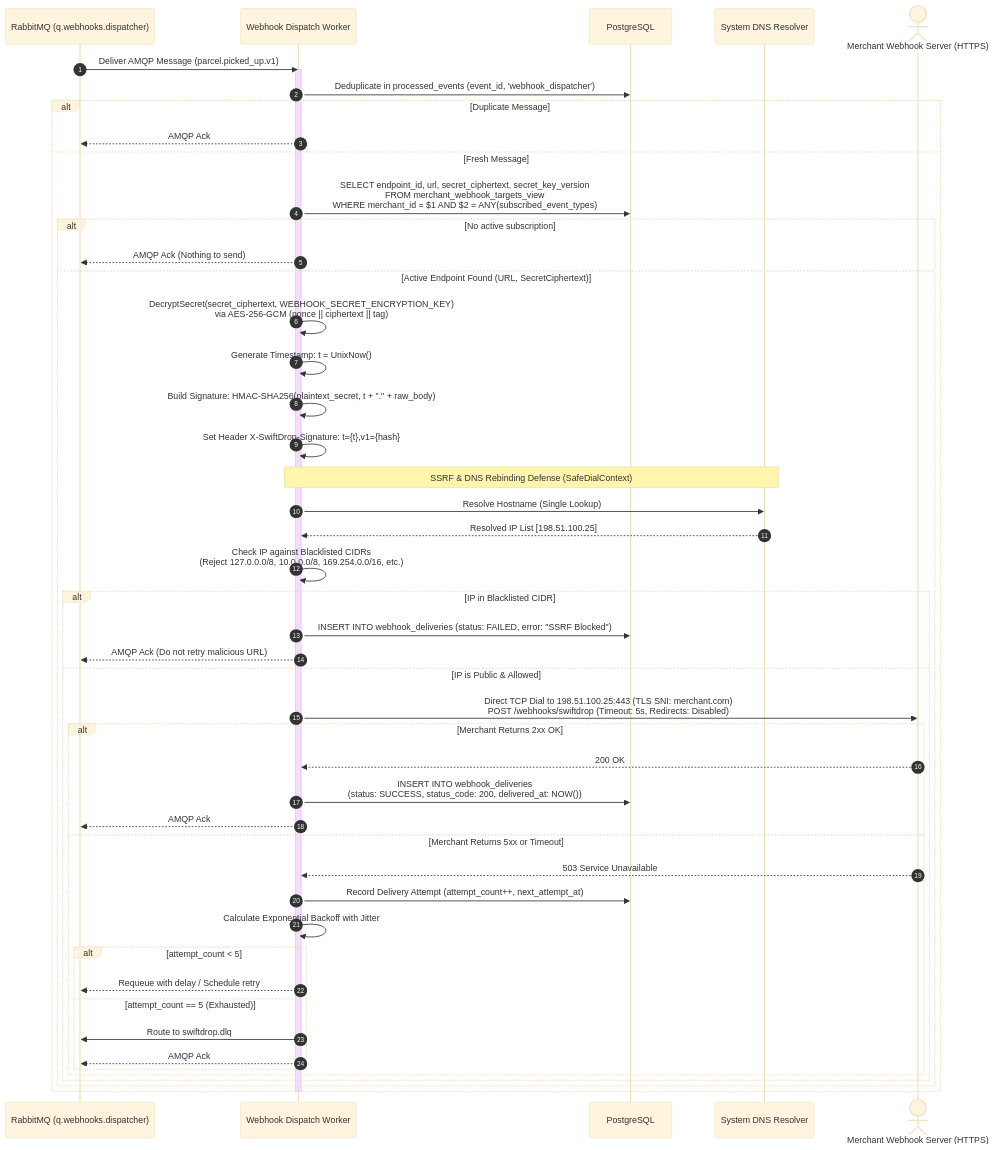
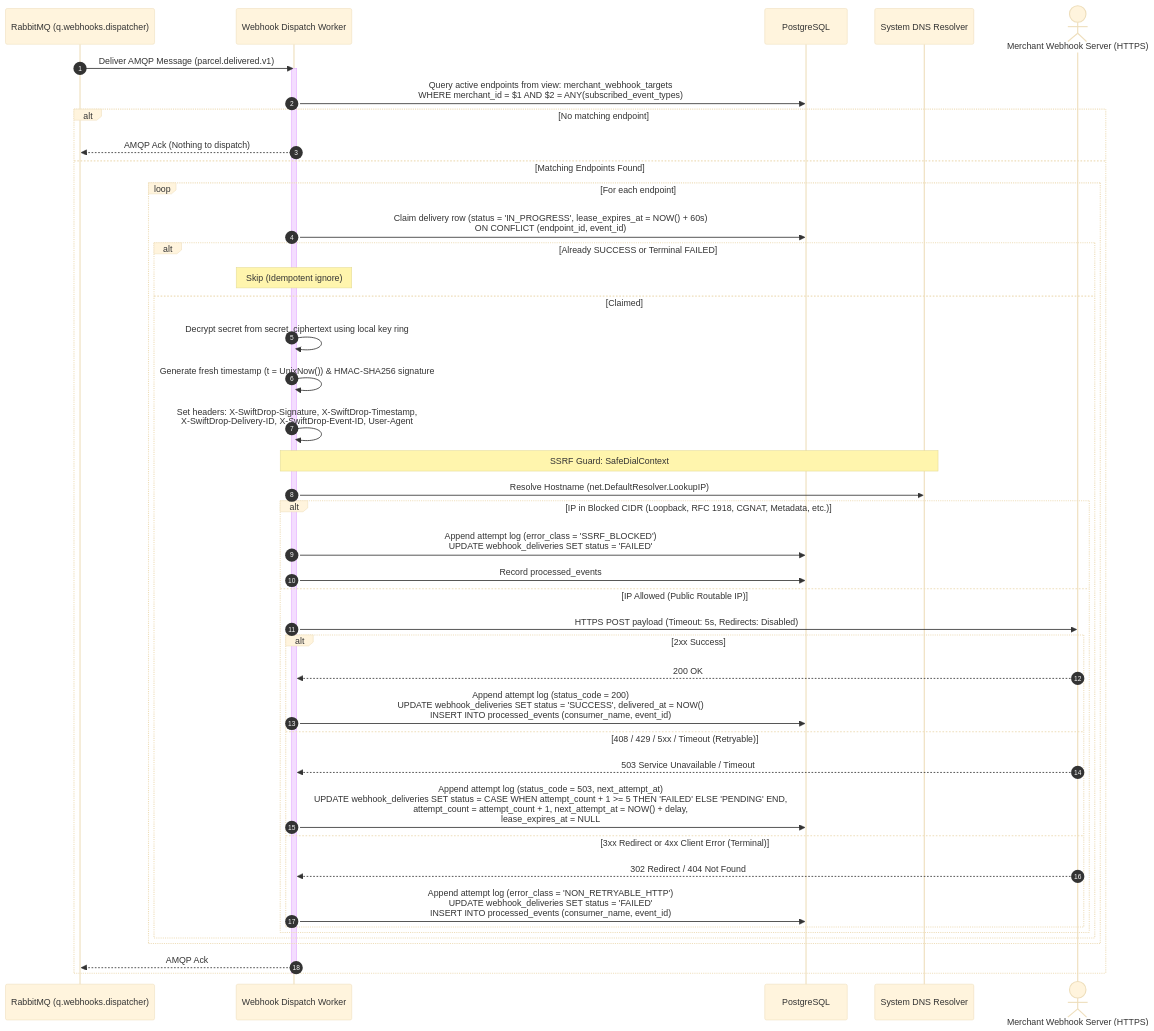
One commit to phantomTroupeEAD/SwiftDrop changed the sixth of 8 diagrams in docs/drafts/member-08-events-messaging/doc-02-functional-flows-and-business-rules.md. Above: the diagram before and after it, drawn with Mermaid (base theme). The commit also changed other lines of this file and 13 other files, not shown here.

Commit message:
docs(member-08): harmonize event-driven messaging specs, resolve review findings, and add change requests

````diff
--- a/docs/drafts/member-08-events-messaging/doc-02-functional-flows-and-business-rules.md
+++ b/docs/drafts/member-08-events-messaging/doc-02-functional-flows-and-business-rules.md
@@ -228,58 +232,53 @@
 ```mermaid
 sequenceDiagram
     autonumber
     participant Broker as RabbitMQ (q.webhooks.dispatcher)
     participant Worker as Webhook Dispatch Worker
     participant DB as PostgreSQL
     participant DNS as System DNS Resolver
     actor MerchantWH as Merchant Webhook Server (HTTPS)
 
-    Broker->>Worker: Deliver AMQP Message (parcel.picked_up.v1)
+    Broker->>Worker: Deliver AMQP Message (parcel.delivered.v1)
     activate Worker
-    Worker->>DB: Deduplicate in processed_events (event_id, 'webhook_dispatcher')
     
-    alt Duplicate Message
-        Worker-->>Broker: AMQP Ack
-    else Fresh Message
-        Worker->>DB: SELECT endpoint_id, url, secret_ciphertext, secret_key_version<br/>FROM merchant_webhook_targets_view<br/>WHERE merchant_id = $1 AND $2 = ANY(subscribed_event_types)
-        
-        alt No active subscription
-            Worker-->>Broker: AMQP Ack (Nothing to send)
-        else Active Endpoint Found (URL, SecretCiphertext)
-            Worker->>Worker: DecryptSecret(secret_ciphertext, WEBHOOK_SECRET_ENCRYPTION_KEY)<br/>via AES-256-GCM (nonce || ciphertext || tag)
-            Worker->>Worker: Generate Timestamp: t = UnixNow()
-            Worker->>Worker: Build Signature: HMAC-SHA256(plaintext_secret, t + "." + raw_body)
-            Worker->>Worker: Set Header X-SwiftDrop-Signature: t={t},v1={hash}
+    Worker->>DB: Query active endpoints from view: merchant_webhook_targets<br/>WHERE merchant_id = $1 AND $2 = ANY(subscribed_event_types)
+    
+    alt No matching endpoint
+        Worker-->>Broker: AMQP Ack (Nothing to dispatch)
+    else Matching Endpoints Found
+        loop For each endpoint
+            Worker->>DB: Claim delivery row (status = 'IN_PROGRESS', lease_expires_at = NOW() + 60s)<br/>ON CONFLICT (endpoint_id, event_id)
             
-            Note over Worker,DNS: SSRF & DNS Rebinding Defense (SafeDialContext)
-            Worker->>DNS: Resolve Hostname (Single Lookup)
-            DNS-->>Worker: Resolved IP List [198.51.100.25]
-            Worker->>Worker: Check IP against Blacklisted CIDRs<br/>(Reject 127.0.0.0/8, 10.0.0.0/8, 169.254.0.0/16, etc.)
-            
-            alt IP in Blacklisted CIDR
-                Worker->>DB: INSERT INTO webhook_deliveries (status: FAILED, error: "SSRF Blocked")
-                Worker-->>Broker: AMQP Ack (Do not retry malicious URL)
-            else IP is Public & Allowed
-                Worker->>MerchantWH: Direct TCP Dial to 198.51.100.25:443 (TLS SNI: merchant.com)<br/>POST /webhooks/swiftdrop (Timeout: 5s, Redirects: Disabled)
+            alt Already SUCCESS or Terminal FAILED
+                Note over Worker: Skip (Idempotent ignore)
+            else Claimed
+                Worker->>Worker: Decrypt secret from secret_ciphertext using local key ring
+                Worker->>Worker: Generate fresh timestamp (t = UnixNow()) & HMAC-SHA256 signature
+                Worker->>Worker: Set headers: X-SwiftDrop-Signature, X-SwiftDrop-Timestamp,<br/>X-SwiftDrop-Delivery-ID, X-SwiftDrop-Event-ID, User-Agent
                 
-                alt Merchant Returns 2xx OK
-                    MerchantWH-->>Worker: 200 OK
-                    Worker->>DB: INSERT INTO webhook_deliveries<br/>(status: SUCCESS, status_code: 200, delivered_at: NOW())
-                    Worker-->>Broker: AMQP Ack
-                else Merchant Returns 5xx or Timeout
-                    MerchantWH-->>Worker: 503 Service Unavailable
-                    Worker->>DB: Record Delivery Attempt (attempt_count++, next_attempt_at)
-                    Worker->>Worker: Calculate Exponential Backoff with Jitter
+                Note over Worker,DNS: SSRF Guard: SafeDialContext
+                Worker->>DNS: Resolve Hostname (net.DefaultResolver.LookupIP)
+                
+                alt IP in Blocked CIDR (Loopback, RFC 1918, CGNAT, Metadata, etc.)
+                    Worker->>DB: Append attempt log (error_class = 'SSRF_BLOCKED')<br/>UPDATE webhook_deliveries SET status = 'FAILED'
+                    Worker->>DB: Record processed_events
+                else IP Allowed (Public Routable IP)
+                    Worker->>MerchantWH: HTTPS POST payload (Timeout: 5s, Redirects: Disabled)
                     
-                    alt attempt_count < 5
-                        Worker-->>Broker: Requeue with delay / Schedule retry
-                    else attempt_count == 5 (Exhausted)
-                        Worker->>Broker: Route to swiftdrop.dlq
-                        Worker-->>Broker: AMQP Ack
+                    alt 2xx Success
+                        MerchantWH-->>Worker: 200 OK
+                        Worker->>DB: Append attempt log (status_code = 200)<br/>UPDATE webhook_deliveries SET status = 'SUCCESS', delivered_at = NOW()<br/>INSERT INTO processed_events (consumer_name, event_id)
+                    else 408 / 429 / 5xx / Timeout (Retryable)
+                        MerchantWH-->>Worker: 503 Service Unavailable / Timeout
+                        Worker->>DB: Append attempt log (status_code = 503, next_attempt_at)<br/>UPDATE webhook_deliveries SET status = CASE WHEN attempt_count + 1 >= 5 THEN 'FAILED' ELSE 'PENDING' END,<br/>attempt_count = attempt_count + 1, next_attempt_at = NOW() + delay,<br/>lease_expires_at = NULL
+                    else 3xx Redirect or 4xx Client Error (Terminal)
+                        MerchantWH-->>Worker: 302 Redirect / 404 Not Found
+                        Worker->>DB: Append attempt log (error_class = 'NON_RETRYABLE_HTTP')<br/>UPDATE webhook_deliveries SET status = 'FAILED'<br/>INSERT INTO processed_events (consumer_name, event_id)
                     end
                 end
             end
         end
+        Worker-->>Broker: AMQP Ack
     end
     deactivate Worker
 ```
````
